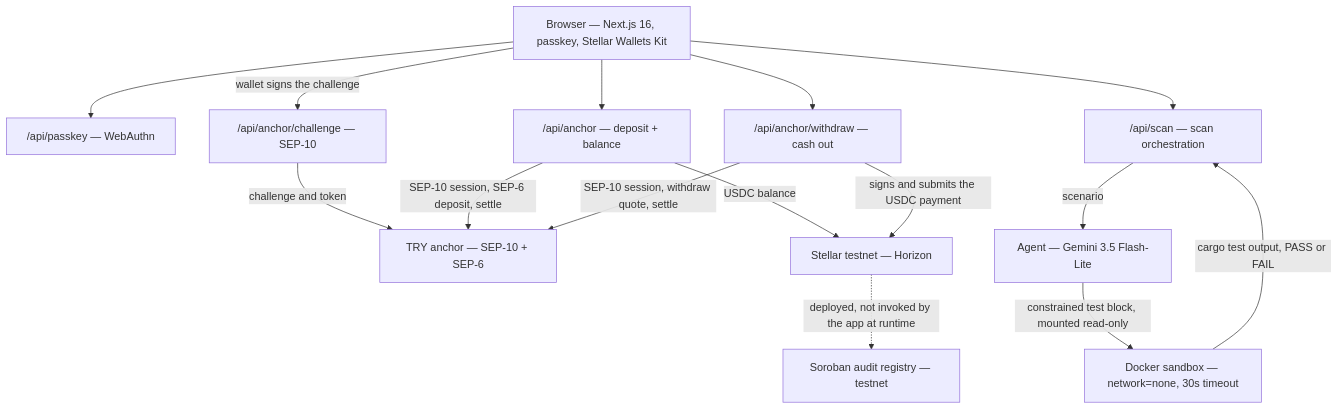
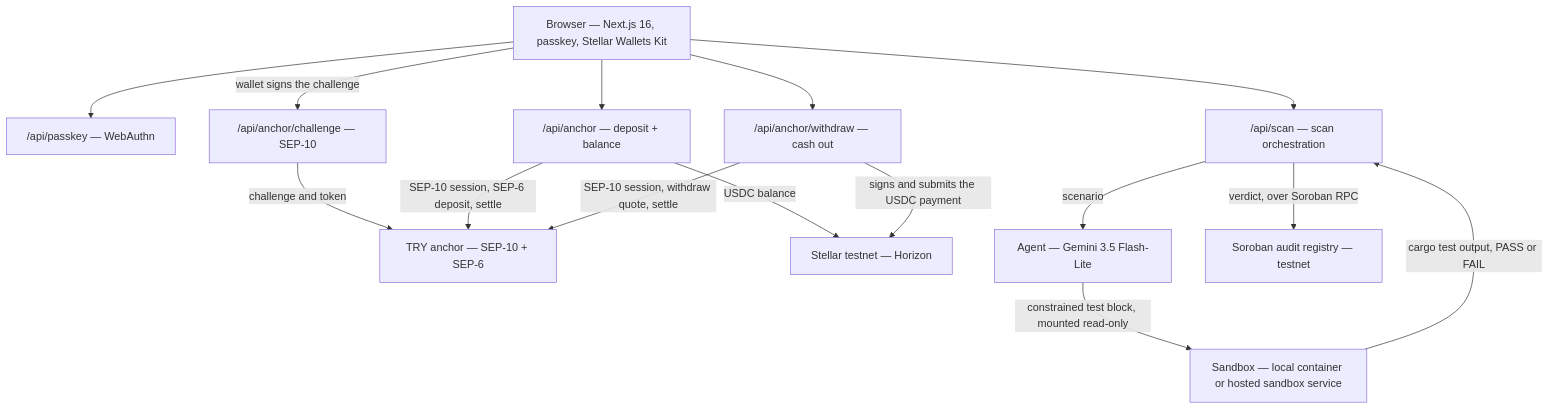
Before and after one commit to ilkerK01/zero-fuzz: the diagram in README.md, drawn with Mermaid. The commit also changed other lines of this file and 1 other file, not shown here.

````diff
--- a/README.md
+++ b/README.md
@@ -126,34 +127,34 @@
 ```mermaid
 flowchart TD
   BROWSER["Browser — Next.js 16, passkey, Stellar Wallets Kit"]
 
   PASSKEY["/api/passkey — WebAuthn"]
   CHALLENGE["/api/anchor/challenge — SEP-10"]
   DEPOSIT["/api/anchor — deposit + balance"]
   WITHDRAW["/api/anchor/withdraw — cash out"]
   SCAN["/api/scan — scan orchestration"]
 
   ANCHOR["TRY anchor — SEP-10 + SEP-6"]
   HORIZON["Stellar testnet — Horizon"]
   GEMINI["Agent — Gemini 3.5 Flash-Lite"]
-  SANDBOX["Docker sandbox — network=none, 30s timeout"]
+  SANDBOX["Sandbox — local container or hosted sandbox service"]
   REGISTRY["Soroban audit registry — testnet"]
 
   BROWSER --> PASSKEY
   BROWSER -->|"wallet signs the challenge"| CHALLENGE
   BROWSER --> DEPOSIT
   BROWSER --> WITHDRAW
   BROWSER --> SCAN
 
   CHALLENGE -->|"challenge and token"| ANCHOR
   DEPOSIT -->|"SEP-10 session, SEP-6 deposit, settle"| ANCHOR
   DEPOSIT -->|"USDC balance"| HORIZON
   WITHDRAW -->|"SEP-10 session, withdraw quote, settle"| ANCHOR
   WITHDRAW -->|"signs and submits the USDC payment"| HORIZON
 
   SCAN -->|"scenario"| GEMINI
   GEMINI -->|"constrained test block, mounted read-only"| SANDBOX
   SANDBOX -->|"cargo test output, PASS or FAIL"| SCAN
 
-  HORIZON -.->|"deployed, not invoked by the app at runtime"| REGISTRY
+  SCAN -->|"verdict, over Soroban RPC"| REGISTRY
 ```
````
